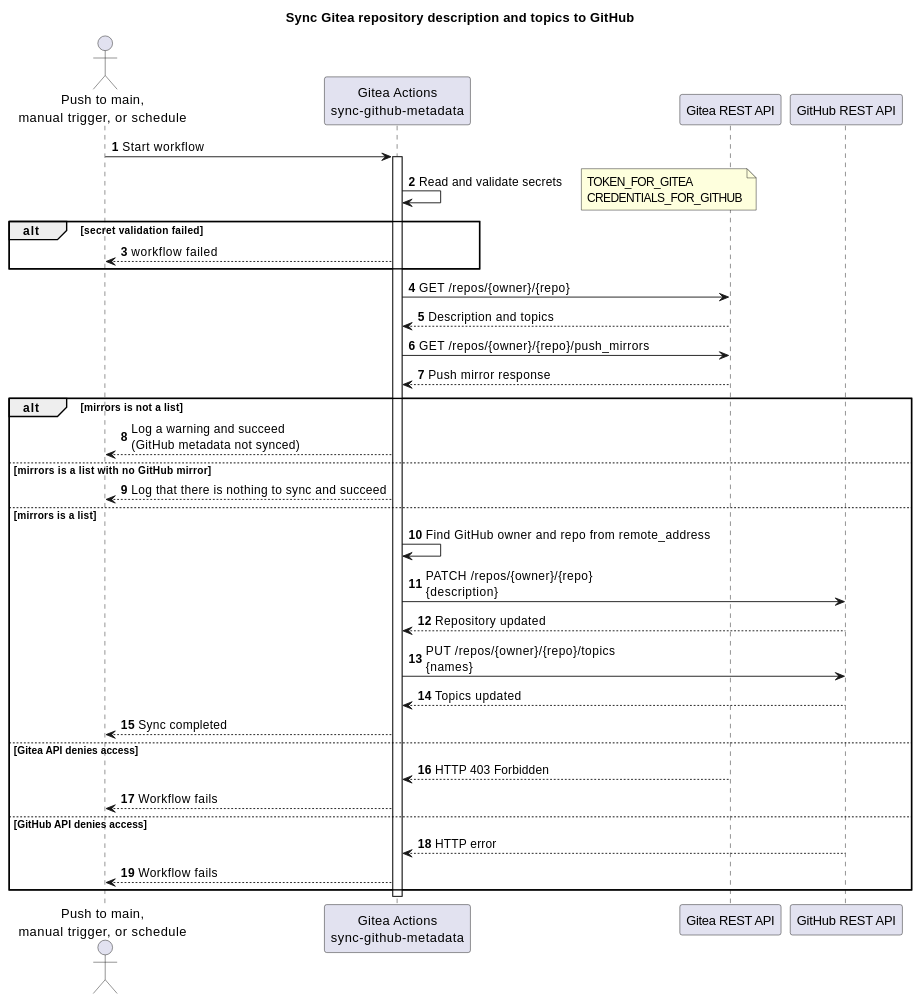
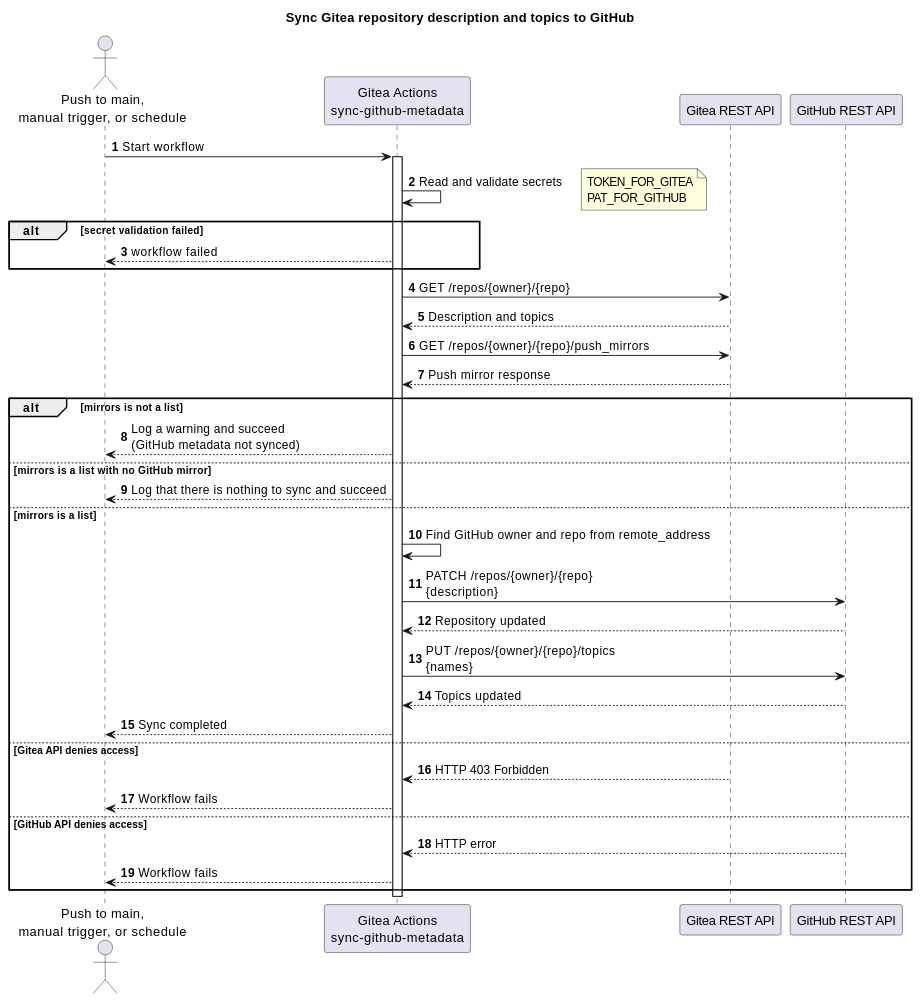
One commit to TirSystem/git-workflows changed the diagram in README.md. Above: the diagram before and after it, drawn with PlantUML. The commit also changed other lines of this file and 23 other files, not shown here.

First line of the commit message:
Use bare tokens: PAT_FOR_GITHUB replaces CREDENTIALS_FOR_GITHUB

````diff
--- a/README.md
+++ b/README.md
@@ -82,55 +82,55 @@
 ```plantuml
 @startuml
 title Sync Gitea repository description and topics to GitHub
 
 autonumber
 
 actor "Push to main,\nmanual trigger, or schedule" as Trigger
 participant "Gitea Actions\nsync-github-metadata" as Workflow
 participant "Gitea REST API" as Gitea
 participant "GitHub REST API" as GitHub
 
 Trigger -> Workflow: Start workflow
 activate Workflow
 
 Workflow -> Workflow: Read and validate secrets
 note right
 TOKEN_FOR_GITEA
-CREDENTIALS_FOR_GITHUB
+PAT_FOR_GITHUB
 end note
 
 alt secret validation failed
   Workflow --> Trigger: workflow failed
 end
 
 
 Workflow -> Gitea: GET /repos/{owner}/{repo}
 Gitea --> Workflow: Description and topics
 
 Workflow -> Gitea: GET /repos/{owner}/{repo}/push_mirrors
 Gitea --> Workflow: Push mirror response
 
 alt mirrors is not a list
     Workflow --> Trigger: Log a warning and succeed\n(GitHub metadata not synced)
 else mirrors is a list with no GitHub mirror
     Workflow --> Trigger: Log that there is nothing to sync and succeed
 else mirrors is a list
     Workflow -> Workflow: Find GitHub owner and repo from remote_address
 
     Workflow -> GitHub: PATCH /repos/{owner}/{repo}\n{description}
     GitHub --> Workflow: Repository updated
 
     Workflow -> GitHub: PUT /repos/{owner}/{repo}/topics\n{names}
     GitHub --> Workflow: Topics updated
 
     Workflow --> Trigger: Sync completed
 else Gitea API denies access
     Gitea --> Workflow: HTTP 403 Forbidden
     Workflow --> Trigger: Workflow fails
 else GitHub API denies access
     GitHub --> Workflow: HTTP error
     Workflow --> Trigger: Workflow fails
 end
 deactivate Workflow
 @enduml
 ```
````
